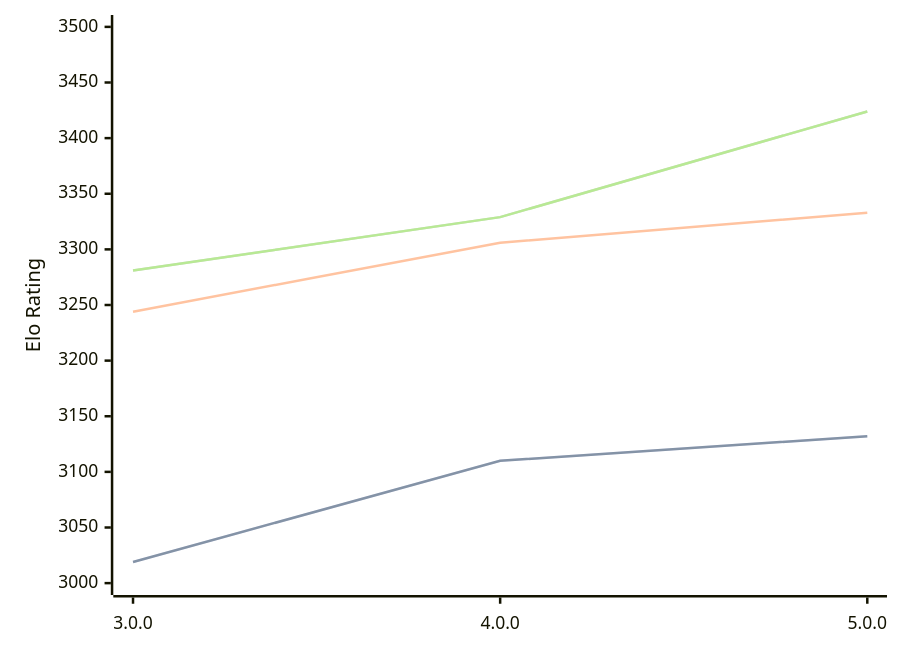
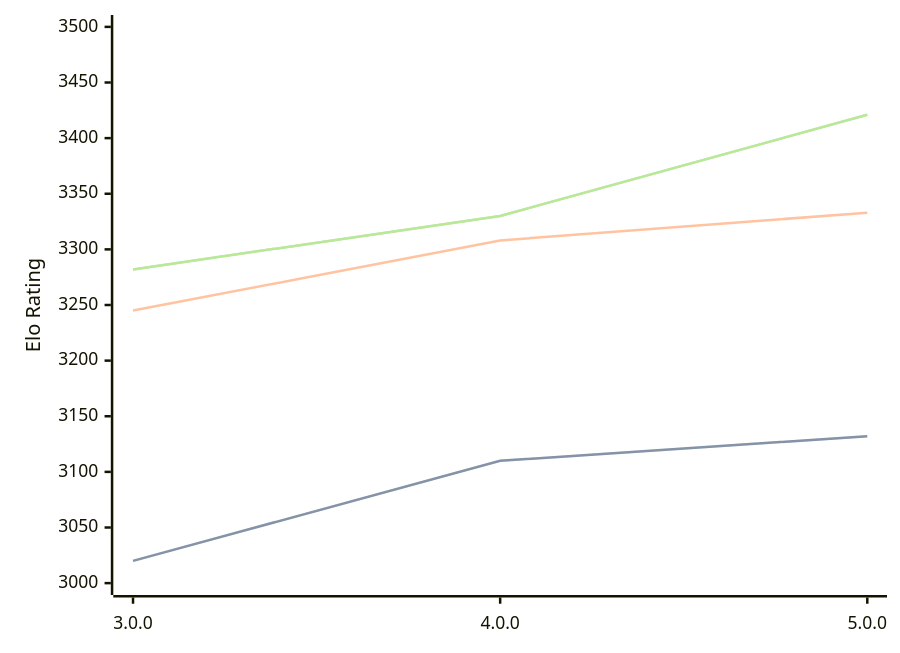
One commit to computer-chess-index/cci changed the diagram in engines/Minke.md. Above: the diagram before and after it, drawn with Mermaid. The commit also changed other lines of this file, not shown here.

Commit message:
Update CCI Ratings (ELO VLTC) - 2026-02-15

````diff
--- a/engines/Minke.md
+++ b/engines/Minke.md
@@ -32,11 +32,11 @@
 ```mermaid
 %%{init: {"theme":"base","themeVariables":{"seriesColors:['#a3a3a3','#222221','#faa371']}}}%%
 xychart-beta
   x-axis ["3.0.0", "4.0.0", "5.0.0"]
   y-axis "Elo Rating" 3000 --> 3500
-  line "STC (8.0+0.08s)" [3019, 3110, 3132]
-  line "STC (8.0+0.08s)" [3019, 3110, 3132]
-  line "LTC (60.0+0.60s)" [3244, 3306, 3333]
-  line "VLTC (2m24s+1.12s)" [3281, 3329, 3424]
-  line "VLTC (2m24s+1.12s)" [3281, 3329, 3424]
+  line "STC (8.0+0.08s)" [3020, 3110, 3132]
+  line "STC (8.0+0.08s)" [3020, 3110, 3132]
+  line "LTC (60.0+0.60s)" [3245, 3308, 3333]
+  line "VLTC (2m24s+1.12s)" [3282, 3330, 3421]
+  line "VLTC (2m24s+1.12s)" [3282, 3330, 3421]
 ```
````
